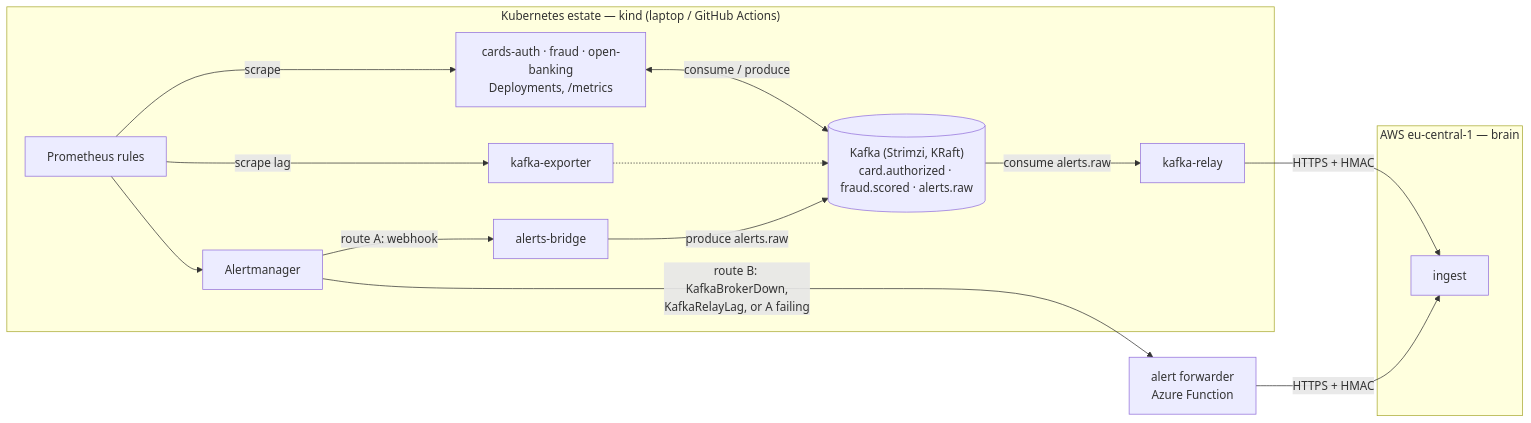
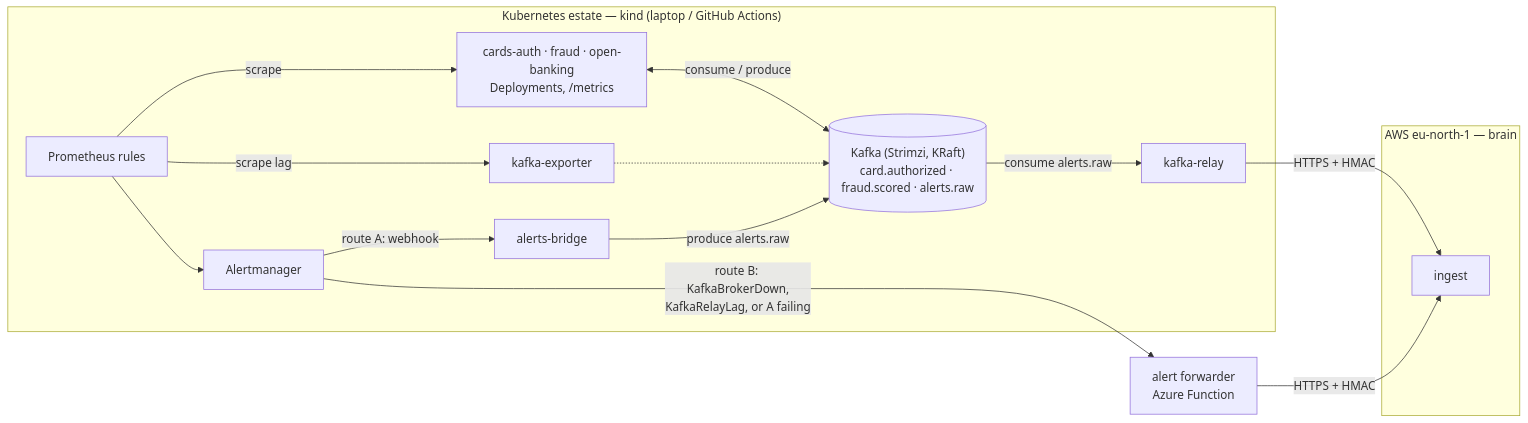
One commit to KucherenkoSerhiy/oncall-triage changed the third of 5 diagrams in docs/DESIGN.md. Above: the diagram before and after it, drawn with Mermaid. The commit also changed other lines of this file and 9 other files, not shown here.

````diff
--- a/docs/DESIGN.md
+++ b/docs/DESIGN.md
@@ -242,26 +242,26 @@
 ```mermaid
 flowchart LR
   subgraph KIND["Kubernetes estate — kind (laptop / GitHub Actions)"]
     SVC["cards-auth · fraud · open-banking<br/>Deployments, /metrics"]
     KX["kafka-exporter"]
     K[("Kafka (Strimzi, KRaft)<br/>card.authorized · fraud.scored · alerts.raw")]
     PR["Prometheus rules"]
     AM["Alertmanager"]
     BR["alerts-bridge"]
     RL["kafka-relay"]
     SVC <-->|consume / produce| K
     PR -->|scrape| SVC
     PR -->|scrape lag| KX
     KX -.-> K
     PR --> AM
     AM -->|route A: webhook| BR -->|produce alerts.raw| K
     K -->|consume alerts.raw| RL
   end
   FWD["alert forwarder<br/>Azure Function"]
   AM -->|"route B: KafkaBrokerDown,<br/>KafkaRelayLag, or A failing"| FWD
-  subgraph AWSB["AWS eu-central-1 — brain"]
+  subgraph AWSB["AWS eu-north-1 — brain"]
     IN["ingest"]
   end
   RL -->|HTTPS + HMAC| IN
   FWD -->|HTTPS + HMAC| IN
 ```
````
